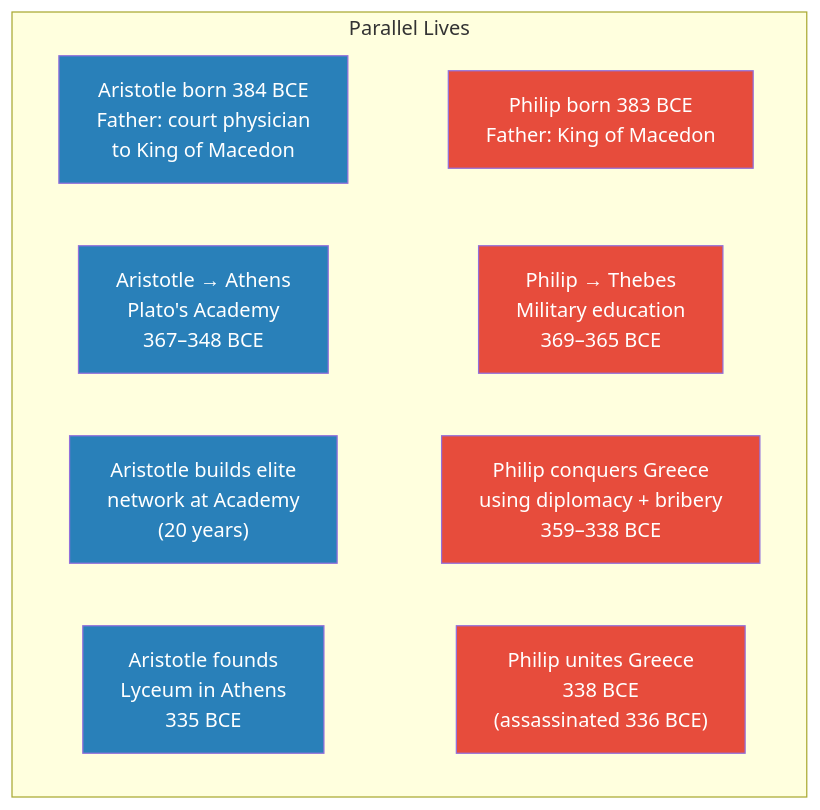
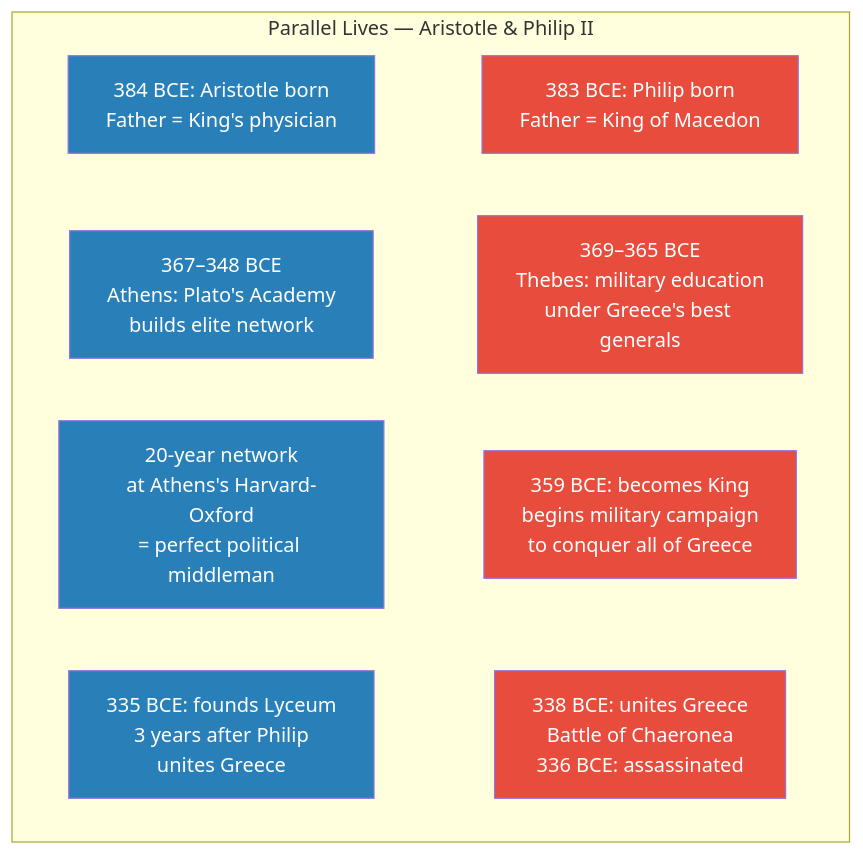
One commit to alius33/reader changed the third of 7 diagrams in summaries/Lectures/Civilization/13 - Aristotle and the Greek Legacy.md. Above: the diagram before and after it, drawn with Mermaid. The commit also changed other lines of this file and 26 other files, not shown here.

````diff
--- a/summaries/Lectures/Civilization/13 - Aristotle and the Greek Legacy.md
+++ b/summaries/Lectures/Civilization/13 - Aristotle and the Greek Legacy.md
@@ -123,17 +149,17 @@
 ```mermaid
 flowchart TB
-    subgraph PARALLEL["Parallel Lives"]
-        A1["Aristotle born 384 BCE<br/>Father: court physician<br/>to King of Macedon"] ~~~ P1["Philip born 383 BCE<br/>Father: King of Macedon"]
-        A2["Aristotle → Athens<br/>Plato's Academy<br/>367–348 BCE"] ~~~ P2["Philip → Thebes<br/>Military education<br/>369–365 BCE"]
-        A3["Aristotle builds elite<br/>network at Academy<br/>(20 years)"] ~~~ P3["Philip conquers Greece<br/>using diplomacy + bribery<br/>359–338 BCE"]
-        A4["Aristotle founds<br/>Lyceum in Athens<br/>335 BCE"] ~~~ P4["Philip unites Greece<br/>338 BCE<br/>(assassinated 336 BCE)"]
+    subgraph PARALLEL["Parallel Lives — Aristotle & Philip II"]
+        A1["384 BCE: Aristotle born<br/>Father = King's physician"] ~~~ P1["383 BCE: Philip born<br/>Father = King of Macedon"]
+        A2["367–348 BCE<br/>Athens: Plato's Academy<br/>builds elite network"] ~~~ P2["369–365 BCE<br/>Thebes: military education<br/>under Greece's best generals"]
+        A3["20-year network<br/>at Athens's Harvard-Oxford<br/>= perfect political middleman"] ~~~ P3["359 BCE: becomes King<br/>begins military campaign<br/>to conquer all of Greece"]
+        A4["335 BCE: founds Lyceum<br/>3 years after Philip<br/>unites Greece"] ~~~ P4["338 BCE: unites Greece<br/>Battle of Chaeronea<br/>336 BCE: assassinated"]
     end
     style A1 fill:#2980b9,color:#fff
     style A2 fill:#2980b9,color:#fff
     style A3 fill:#2980b9,color:#fff
     style A4 fill:#2980b9,color:#fff
     style P1 fill:#e74c3c,color:#fff
     style P2 fill:#e74c3c,color:#fff
     style P3 fill:#e74c3c,color:#fff
     style P4 fill:#e74c3c,color:#fff
 ```
````
